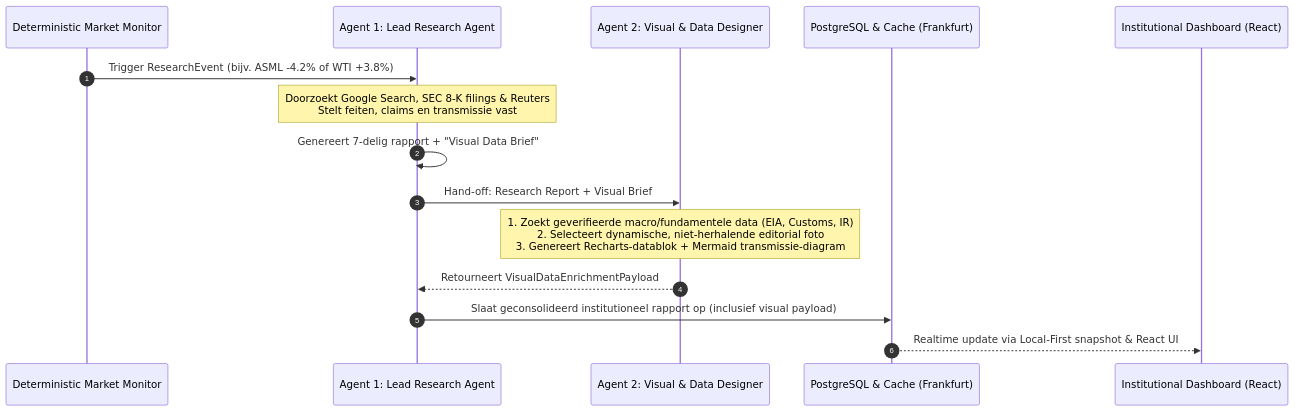
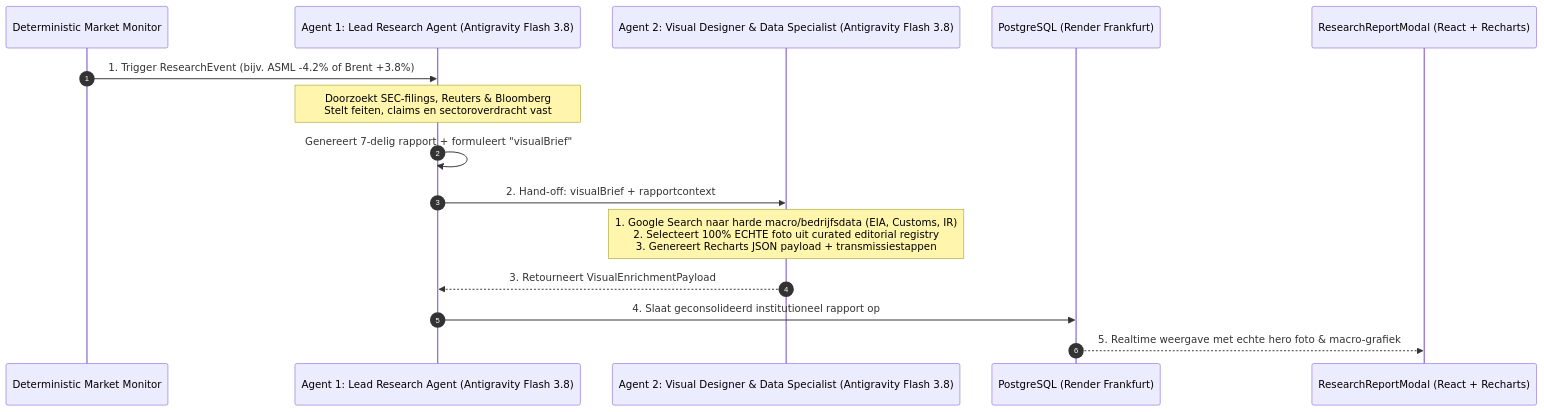
Before and after one commit to tradingcode-ai/Global-markets-app-: the diagram in agents/06_INSTITUTIONAL_RESEARCH_DESIGNER_ARCHITECTURE.md, drawn with Mermaid. The commit also changed other lines of this file, not shown here.

Commit message:
docs(blueprint): enforce 100% real photography, Antigravity Flash 3.8 and executable master prompt for Codex

````diff
--- a/agents/06_INSTITUTIONAL_RESEARCH_DESIGNER_ARCHITECTURE.md
+++ b/agents/06_INSTITUTIONAL_RESEARCH_DESIGNER_ARCHITECTURE.md
@@ -43,20 +54,20 @@
 ```mermaid
 sequenceDiagram
     autonumber
     participant MM as Deterministic Market Monitor
-    participant LRA as Agent 1: Lead Research Agent
-    participant VDA as Agent 2: Visual & Data Designer
-    participant DB as PostgreSQL & Cache (Frankfurt)
-    participant UI as Institutional Dashboard (React)
+    participant LRA as Agent 1: Lead Research Agent (Antigravity Flash 3.8)
+    participant VDA as Agent 2: Visual Designer & Data Specialist (Antigravity Flash 3.8)
+    participant DB as PostgreSQL (Render Frankfurt)
+    participant UI as ResearchReportModal (React + Recharts)
 
-    MM->>LRA: Trigger ResearchEvent (bijv. ASML -4.2% of WTI +3.8%)
-    Note over LRA: Doorzoekt Google Search, SEC 8-K filings & Reuters<br/>Stelt feiten, claims en transmissie vast
-    LRA->>LRA: Genereert 7-delig rapport + "Visual Data Brief"
+    MM->>LRA: 1. Trigger ResearchEvent (bijv. ASML -4.2% of Brent +3.8%)
+    Note over LRA: Doorzoekt SEC-filings, Reuters & Bloomberg<br/>Stelt feiten, claims en sectoroverdracht vast
+    LRA->>LRA: Genereert 7-delig rapport + formuleert "visualBrief"
     
-    LRA->>VDA: Hand-off: Research Report + Visual Brief
-    Note over VDA: 1. Zoekt geverifieerde macro/fundamentele data (EIA, Customs, IR)<br/>2. Selecteert dynamische, niet-herhalende editorial foto<br/>3. Genereert Recharts-datablok + Mermaid transmissie-diagram
+    LRA->>VDA: 2. Hand-off: visualBrief + rapportcontext
+    Note over VDA: 1. Google Search naar harde macro/bedrijfsdata (EIA, Customs, IR)<br/>2. Selecteert 100% ECHTE foto uit curated editorial registry<br/>3. Genereert Recharts JSON payload + transmissiestappen
     
-    VDA-->>LRA: Retourneert VisualDataEnrichmentPayload
-    LRA->>DB: Slaat geconsolideerd institutioneel rapport op (inclusief visual payload)
-    DB-->>UI: Realtime update via Local-First snapshot & React UI
+    VDA-->>LRA: 3. Retourneert VisualEnrichmentPayload
+    LRA->>DB: 4. Slaat geconsolideerd institutioneel rapport op
+    DB-->>UI: 5. Realtime weergave met echte hero foto & macro-grafiek
 ```
````
